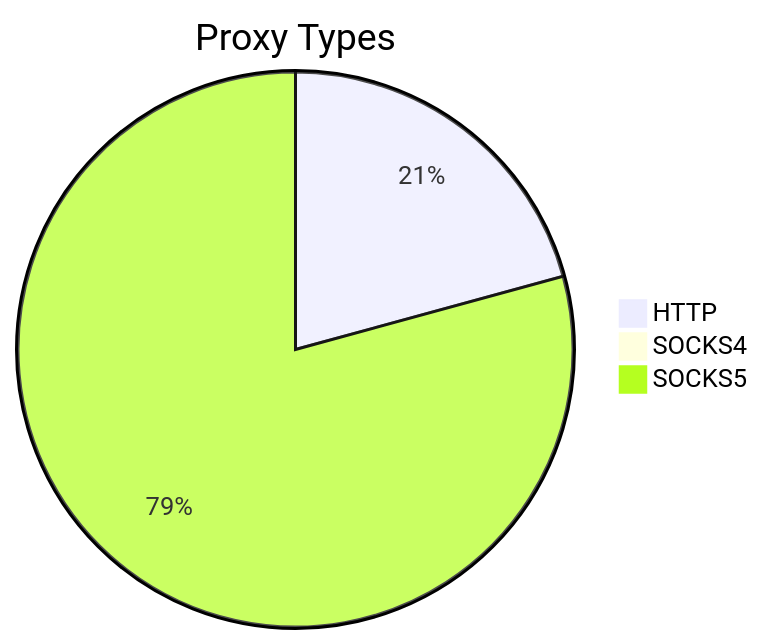
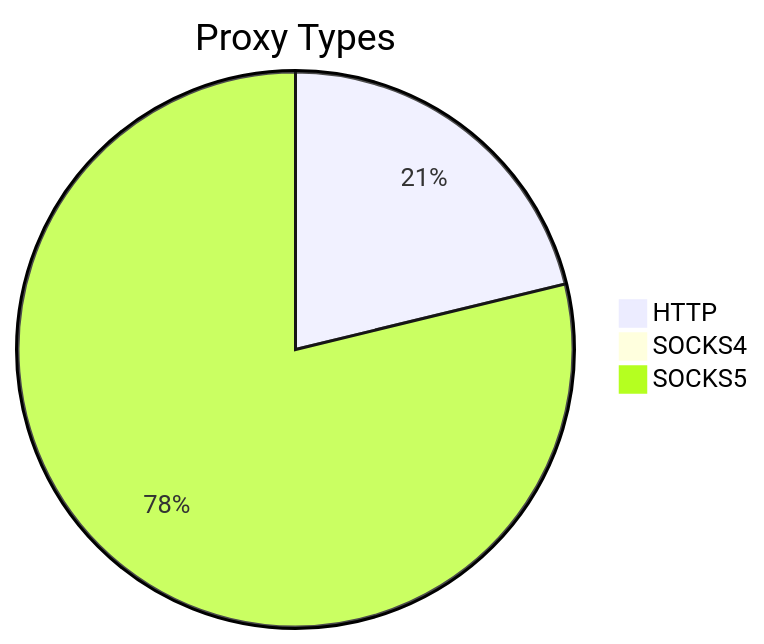
The first of 2 diagrams in README.md (stormsia/proxy-list), drawn with Mermaid before and after one commit. The commit also changed other lines of this file, not shown here.

````diff
--- a/README.md
+++ b/README.md
@@ -21,6 +21,6 @@
 ```mermaid
 pie title Proxy Types
-    "HTTP" : 632
-    "SOCKS4" : 21
-    "SOCKS5" : 2414
+    "HTTP" : 623
+    "SOCKS4" : 12
+    "SOCKS5" : 2315
 ```
````
